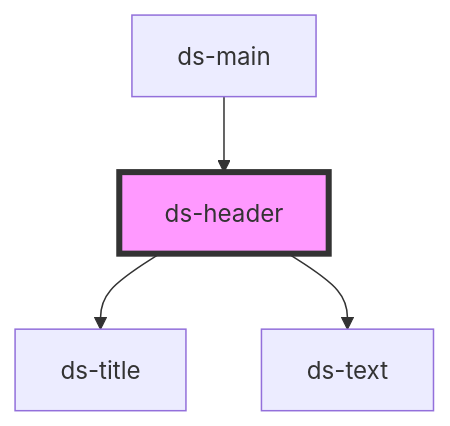
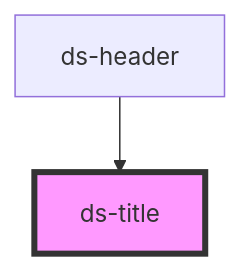
One commit to jezoock/dot-stash changed the diagram in components/core/header/readme.md. Above: the diagram before and after it, drawn with Mermaid. The commit also changed other lines of this file and 13 other files, not shown here.

````diff
--- a/components/core/header/readme.md
+++ b/components/core/header/readme.md
@@ -28,7 +30,5 @@
 ```mermaid
 graph TD;
   ds-header --> ds-title
-  ds-header --> ds-text
-  ds-main --> ds-header
-  style ds-header fill:#f9f,stroke:#333,stroke-width:4px
+  style ds-title fill:#f9f,stroke:#333,stroke-width:4px
 ```
````
